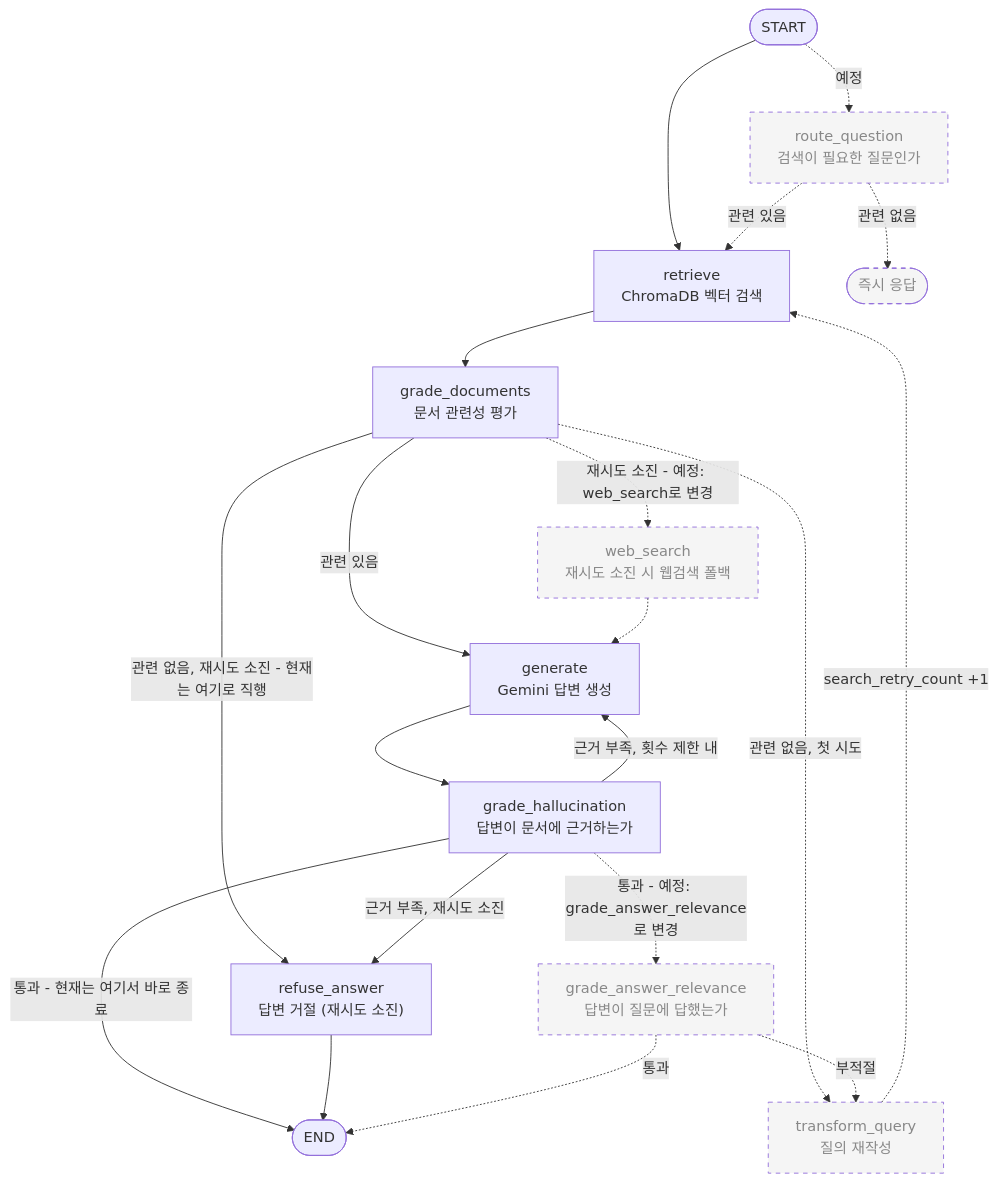
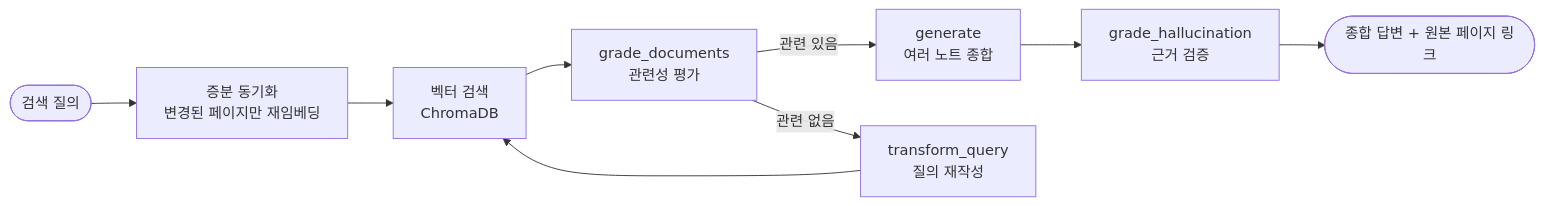
One commit to hochan00/mygpt changed the second of 3 diagrams in README.md. Above: the diagram before and after it, drawn with Mermaid. The commit also changed other lines of this file, not shown here.

````diff
--- a/README.md
+++ b/README.md
@@ -90,40 +120,11 @@
 ```mermaid
-flowchart TD
-    START([START]) -.->|예정| routeQ
-    START --> retrieve
-
-    routeQ["route_question<br/>검색이 필요한 질문인가"]:::planned
-    retrieve["retrieve<br/>ChromaDB 벡터 검색"]
-    gradeDoc["grade_documents<br/>문서 관련성 평가"]
-    transform["transform_query<br/>질의 재작성"]:::planned
-    web["web_search<br/>재시도 소진 시 웹검색 폴백"]:::planned
-    generate["generate<br/>Gemini 답변 생성"]
-    gradeHallu["grade_hallucination<br/>답변이 문서에 근거하는가"]
-    refuse["refuse_answer<br/>답변 거절 (재시도 소진)"]
-    gradeAns["grade_answer_relevance<br/>답변이 질문에 답했는가"]:::planned
-
-    routeQ -.->|관련 없음| directEnd([즉시 응답]):::planned
-    routeQ -.->|관련 있음| retrieve
-
-    retrieve --> gradeDoc
-
-    gradeDoc -->|관련 있음| generate
-    gradeDoc -.->|관련 없음, 첫 시도| transform
-    gradeDoc -->|관련 없음, 재시도 소진 - 현재는 여기로 직행| refuse
-    gradeDoc -.->|재시도 소진 - 예정: web_search로 변경| web
-    transform -.->|search_retry_count +1| retrieve
-    web -.-> generate
-
-    generate --> gradeHallu
-
-    gradeHallu -->|근거 부족, 횟수 제한 내| generate
-    gradeHallu -->|근거 부족, 재시도 소진| refuse
-    gradeHallu -->|통과 - 현재는 여기서 바로 종료| END([END])
-    gradeHallu -.->|통과 - 예정: grade_answer_relevance로 변경| gradeAns
-    refuse --> END
-
-    gradeAns -.->|부적절| transform
-    gradeAns -.->|통과| END
-
-    classDef planned stroke-dasharray: 5 5,fill:#f5f5f5,color:#888;
+flowchart LR
+    Q([검색 질의]) --> Sync["증분 동기화<br/>변경된 페이지만 재임베딩"]
+    Sync --> Retrieve["벡터 검색<br/>ChromaDB"]
+    Retrieve --> Grade["grade_documents<br/>관련성 평가"]
+    Grade -->|관련 있음| Gen["generate<br/>여러 노트 종합"]
+    Grade -->|관련 없음| Transform["transform_query<br/>질의 재작성"]
+    Transform --> Retrieve
+    Gen --> Hallu["grade_hallucination<br/>근거 검증"]
+    Hallu --> A([종합 답변 + 원본 페이지 링크])
 ```
````
